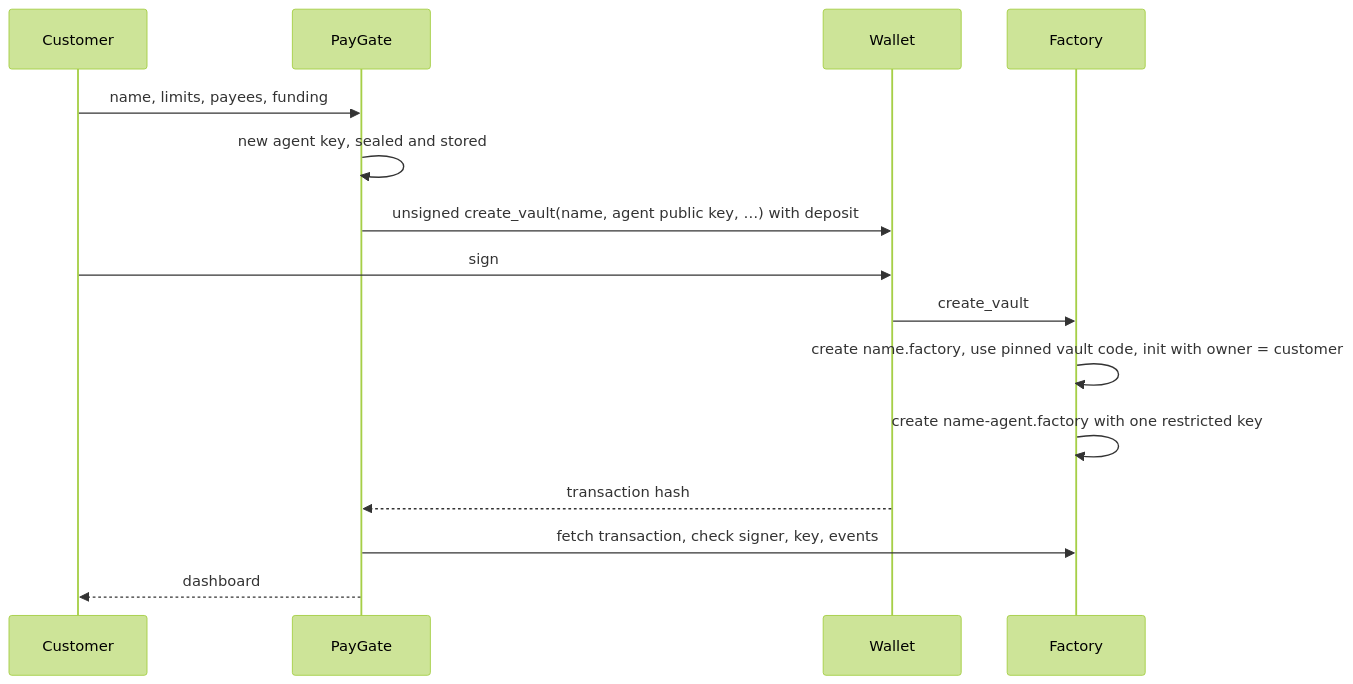
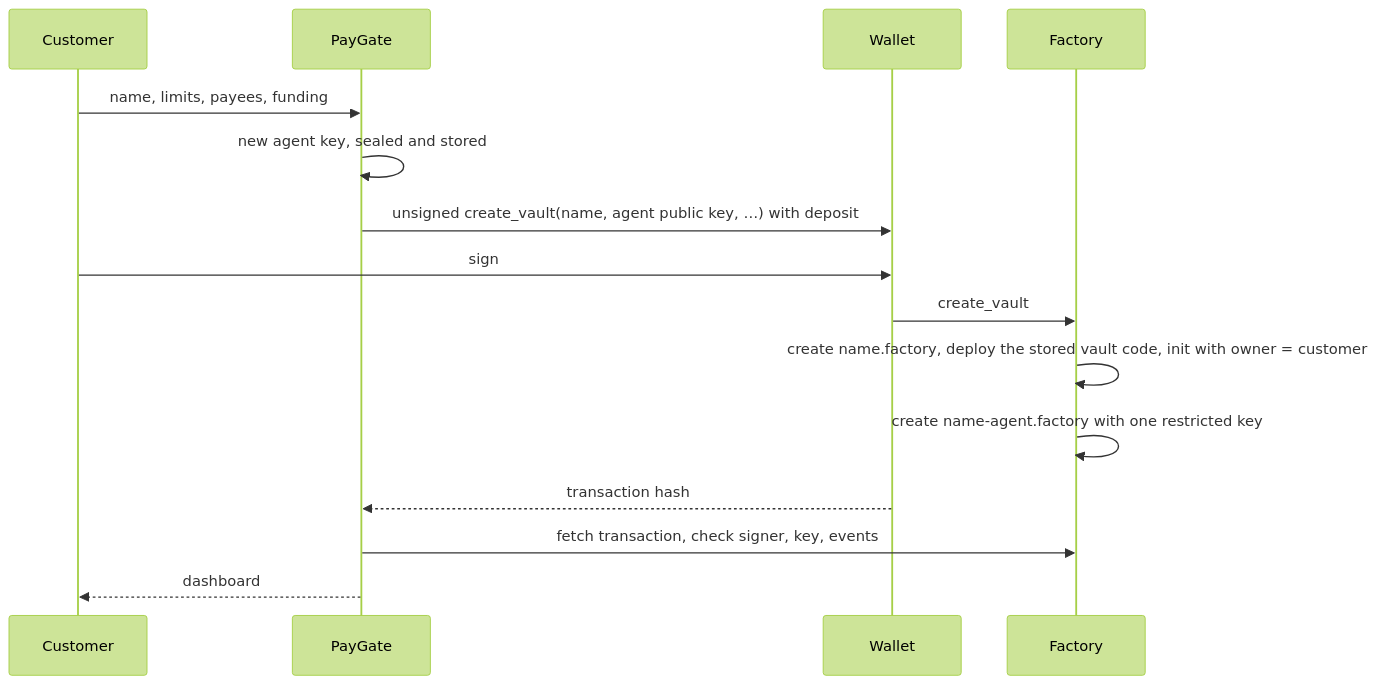
Before and after one commit to drained69/PayGate: the second of 2 diagrams in README.md, drawn with Mermaid (forest theme). The commit also changed other lines of this file and 13 other files, not shown here.

````diff
--- a/README.md
+++ b/README.md
@@ -137,17 +137,17 @@
 ```mermaid
 sequenceDiagram
   participant C as Customer
   participant P as PayGate
   participant W as Wallet
   participant F as Factory
   C->>P: name, limits, payees, funding
   P->>P: new agent key, sealed and stored
   P->>W: unsigned create_vault(name, agent public key, …) with deposit
   C->>W: sign
   W->>F: create_vault
-  F->>F: create name.factory, use pinned vault code, init with owner = customer
+  F->>F: create name.factory, deploy the stored vault code, init with owner = customer
   F->>F: create name-agent.factory with one restricted key
   W-->>P: transaction hash
   P->>F: fetch transaction, check signer, key, events
   P-->>C: dashboard
 ```
````
